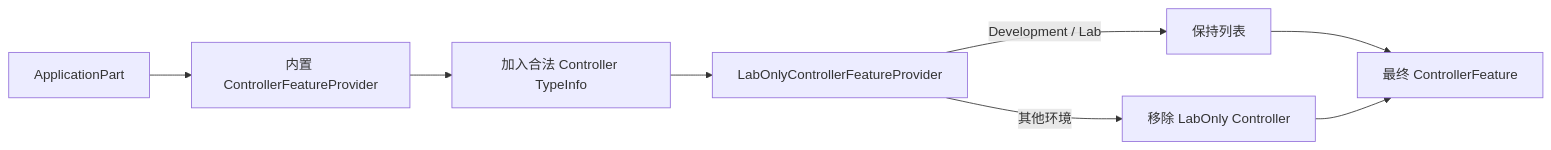
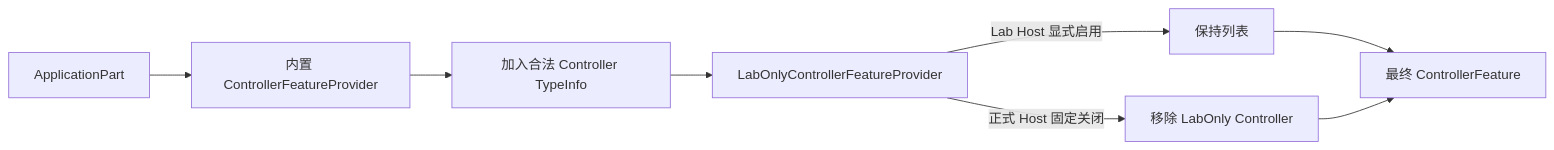
The second of 2 diagrams in docs/Lab-Only-Controller-Discovery.md (MarsonShine/MS.Microservice), drawn with Mermaid before and after one commit. The commit also changed other lines of this file and 11 other files, not shown here.

````diff
--- a/docs/Lab-Only-Controller-Discovery.md
+++ b/docs/Lab-Only-Controller-Discovery.md
@@ -48,10 +49,10 @@
 ```mermaid
 flowchart LR
     A[ApplicationPart] --> B[内置 ControllerFeatureProvider]
     B --> C[加入合法 Controller TypeInfo]
     C --> D[LabOnlyControllerFeatureProvider]
-    D -->|Development / Lab| E[保持列表]
-    D -->|其他环境| F[移除 LabOnly Controller]
+    D -->|Lab Host 显式启用| E[保持列表]
+    D -->|正式 Host 固定关闭| F[移除 LabOnly Controller]
     E --> G[最终 ControllerFeature]
     F --> G
 ```
````
